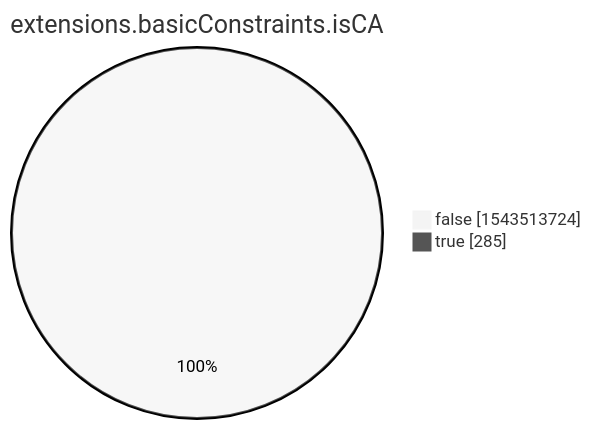
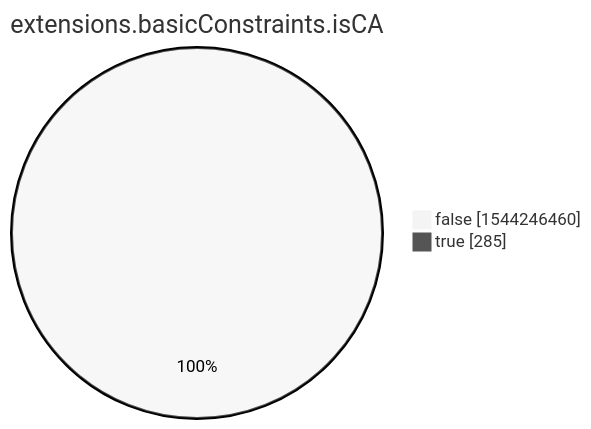
One commit to christiankrug/ctmonitor_visualization changed the eighth of 15 diagrams in xenon2022/README.md. Above: the diagram before and after it, drawn with Mermaid (neutral theme). The commit also changed other lines of this file, not shown here.

````diff
--- a/xenon2022/README.md
+++ b/xenon2022/README.md
@@ -2859,6 +2859,6 @@
 ```mermaid
 pie showData
 title extensions.basicConstraints.isCA
-"false" :1543513724
+"false" :1544246460
 "true" :285
 ```
````
